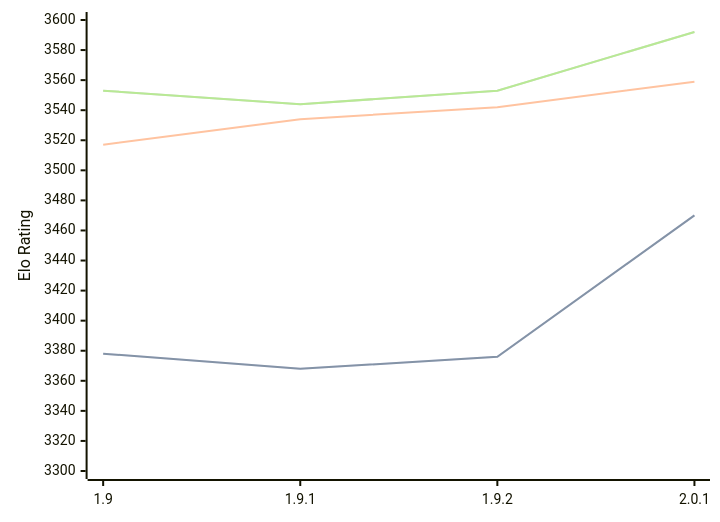
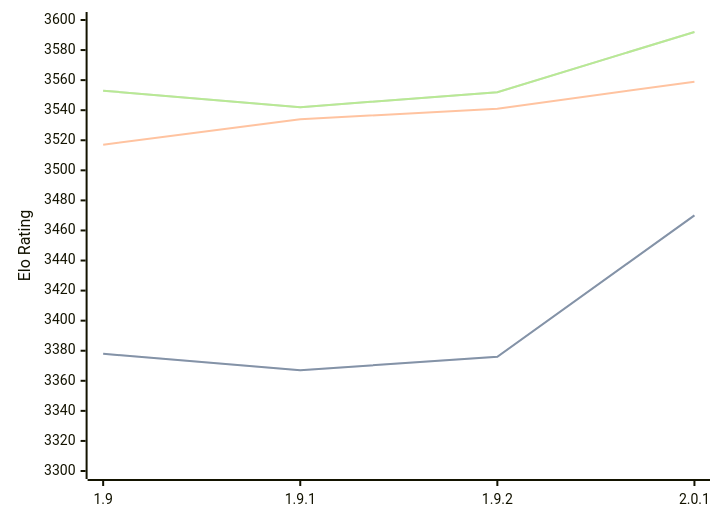
Before and after one commit to computer-chess-index/cci: the diagram in engines/Pawnocchio.md, drawn with Mermaid. The commit also changed other lines of this file, not shown here.

Commit message:
Update CCI Ratings (ELO VLTC) - 2026-09-01

````diff
--- a/engines/Pawnocchio.md
+++ b/engines/Pawnocchio.md
@@ -36,11 +36,11 @@
 ```mermaid
 %%{init: {"theme":"base","themeVariables":{"seriesColors:['#a3a3a3','#222221','#faa371']}}}%%
 xychart-beta
   x-axis ["1.9", "1.9.1", "1.9.2", "2.0.1"]
   y-axis "Elo Rating" 3300 --> 3600
-  line "" [3378, 3368, 3376, 3470]
-  line "STC (8.0+0.08s)" [3378, 3368, 3376, 3470]
-  line "LTC (60.0+0.60s)" [3517, 3534, 3542, 3559]
-  line "" [3553, 3544, 3553, 3592]
-  line "VLTC (2m24s+1.12s)" [3553, 3544, 3553, 3592]
+  line "" [3378, 3367, 3376, 3470]
+  line "STC (8.0+0.08s)" [3378, 3367, 3376, 3470]
+  line "LTC (60.0+0.60s)" [3517, 3534, 3541, 3559]
+  line "" [3553, 3542, 3552, 3592]
+  line "VLTC (2m24s+1.12s)" [3553, 3542, 3552, 3592]
 ```
````
